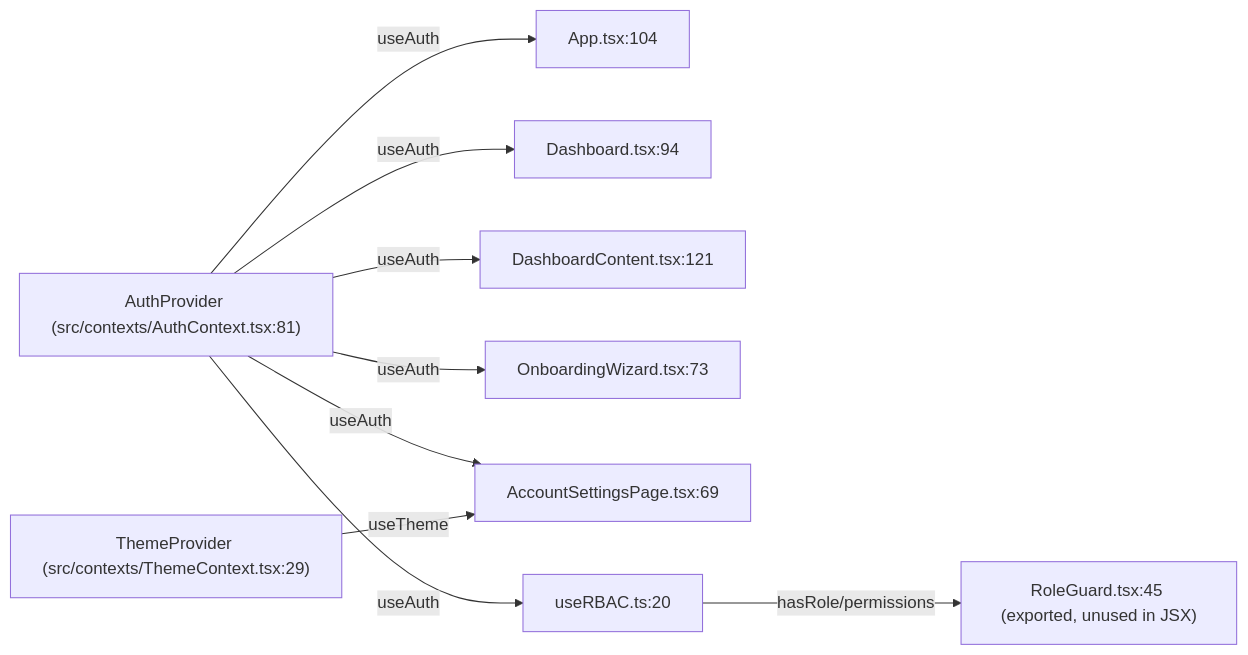
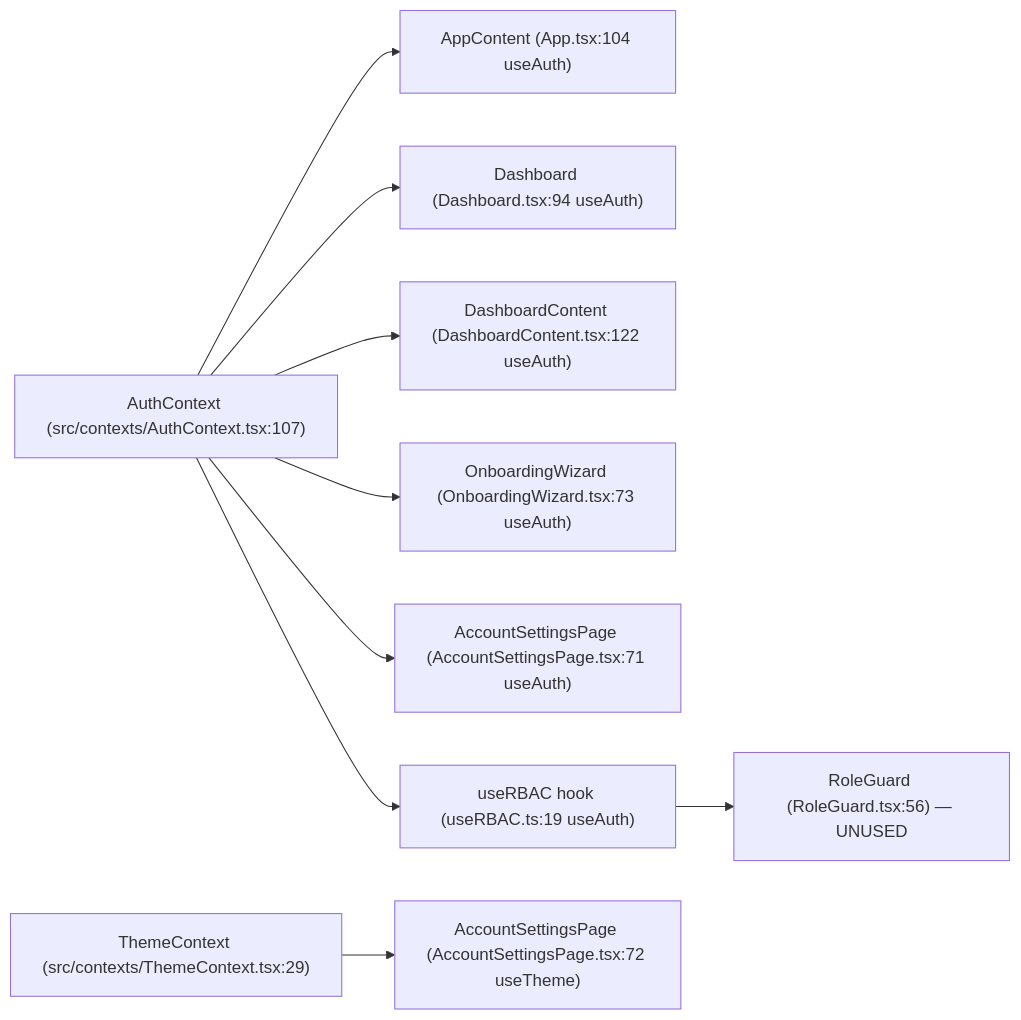
The first of 2 diagrams in New Project Documents/FRONTEND_MAP.md (breilly1296/OwnMyHealth-Claude), drawn with Mermaid before and after one commit. The commit also changed other lines of this file and 146 other files, not shown here.

````diff
--- a/New Project Documents/FRONTEND_MAP.md
+++ b/New Project Documents/FRONTEND_MAP.md
@@ -329,15 +351,15 @@
 ```mermaid
 graph LR
-  AuthProvider["AuthProvider (src/contexts/AuthContext.tsx:81)"]
-  ThemeProvider["ThemeProvider (src/contexts/ThemeContext.tsx:29)"]
+  ThemeProvider["ThemeContext (src/contexts/ThemeContext.tsx:29)"]
+  AuthProvider["AuthContext (src/contexts/AuthContext.tsx:107)"]
 
-  AuthProvider -->|useAuth| AppContent["App.tsx:104"]
-  AuthProvider -->|useAuth| Dashboard["Dashboard.tsx:94"]
-  AuthProvider -->|useAuth| DashboardContent["DashboardContent.tsx:121"]
-  AuthProvider -->|useAuth| OnboardingWizard["OnboardingWizard.tsx:73"]
-  AuthProvider -->|useAuth| AccountSettings["AccountSettingsPage.tsx:69"]
-  AuthProvider -->|useAuth| useRBAC["useRBAC.ts:20"]
-  useRBAC -->|hasRole/permissions| RoleGuard["RoleGuard.tsx:45 (exported, unused in JSX)"]
+  AuthProvider --> App["AppContent (App.tsx:104 useAuth)"]
+  AuthProvider --> Dashboard["Dashboard (Dashboard.tsx:94 useAuth)"]
+  AuthProvider --> DashboardContent["DashboardContent (DashboardContent.tsx:122 useAuth)"]
+  AuthProvider --> OnboardingWizard["OnboardingWizard (OnboardingWizard.tsx:73 useAuth)"]
+  AuthProvider --> AccountSettings["AccountSettingsPage (AccountSettingsPage.tsx:71 useAuth)"]
+  AuthProvider --> useRBAC["useRBAC hook (useRBAC.ts:19 useAuth)"]
+  useRBAC --> RoleGuard["RoleGuard (RoleGuard.tsx:56) — UNUSED"]
 
-  ThemeProvider -->|useTheme| AccountSettings
+  ThemeProvider --> AccountSettings2["AccountSettingsPage (AccountSettingsPage.tsx:72 useTheme)"]
 ```
````
